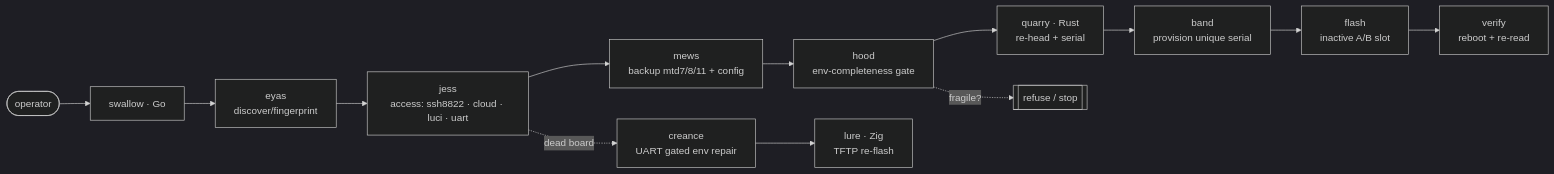
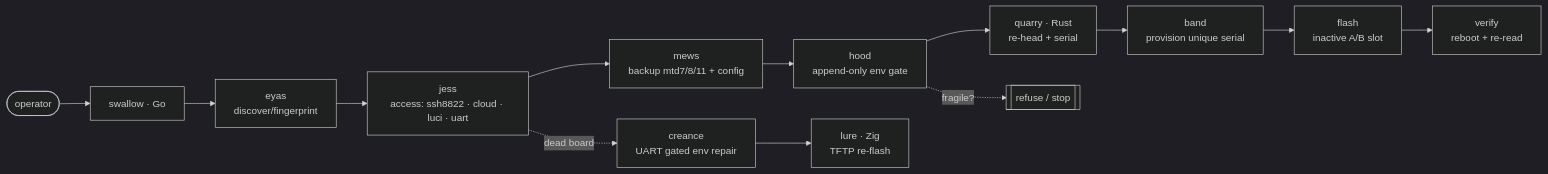
The diagram in README.md (ParkWardRR/pelegrun-ap-hk07-firmware-tools), drawn with Mermaid (dark theme) before and after one commit. The commit also changed other lines of this file and 36 other files, not shown here.

````diff
--- a/README.md
+++ b/README.md
@@ -56,15 +71,15 @@
 ```mermaid
 flowchart LR
   U([operator]) --> S[swallow · Go]
   S --> E[eyas<br/>discover/fingerprint]
   E --> J[jess<br/>access: ssh8822 · cloud · luci · uart]
   J --> M[mews<br/>backup mtd7/8/11 + config]
-  M --> H[hood<br/>env-completeness gate]
+  M --> H[hood<br/>append-only env gate]
   H --> Q[quarry · Rust<br/>re-head + serial]
   Q --> B[band<br/>provision unique serial]
   B --> F[flash<br/>inactive A/B slot]
   F --> V[verify<br/>reboot + re-read]
   H -. fragile? .-> X[[refuse / stop]]
   J -. dead board .-> C[creance<br/>UART gated env repair]
   C --> L[lure · Zig<br/>TFTP re-flash]
 ```
````
